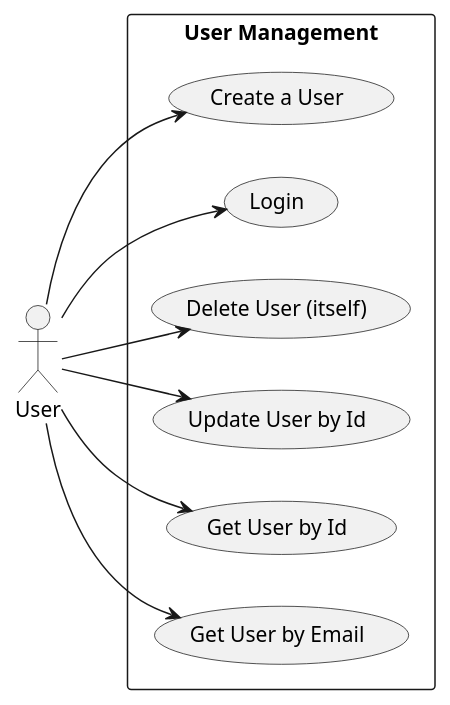
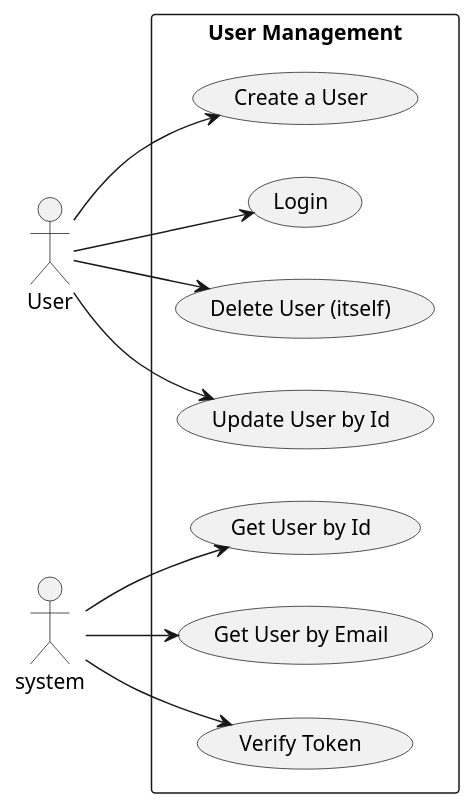
One commit to AlejaandroRubio/sistema_de_calidad_docente changed the diagram in diagrams/UserManagementUCs.plantuml. Above: the diagram before and after it, drawn with PlantUML. The commit also changed 1 other file, not shown here.

Commit message:
Cambios de Diagramas

```diff
--- a/diagrams/UserManagementUCs.plantuml
+++ b/diagrams/UserManagementUCs.plantuml
@@ -1,22 +1,25 @@
 @startuml
 
 left to right direction
 
 actor User
+actor system
 rectangle "User Management" as UserManagement {
     usecase "Create a User" as UC_CreateUser
     usecase "Login" as UC_Login
     usecase "Delete User (itself)" as UC_DeleteUser
     usecase "Update User by Id" as UC_UpdateUser
     usecase "Get User by Id" as UC_GetUserById
     usecase "Get User by Email" as UC_GetUserByEmail
+    usecase "Verify Token" as UC_VerifyToken
 }
 
 User --> UC_CreateUser
 User --> UC_Login
 User --> UC_DeleteUser
 User --> UC_UpdateUser
-User --> UC_GetUserById
-User --> UC_GetUserByEmail
+system --> UC_GetUserById
+system --> UC_GetUserByEmail
+system --> UC_VerifyToken
 
 @enduml
```
